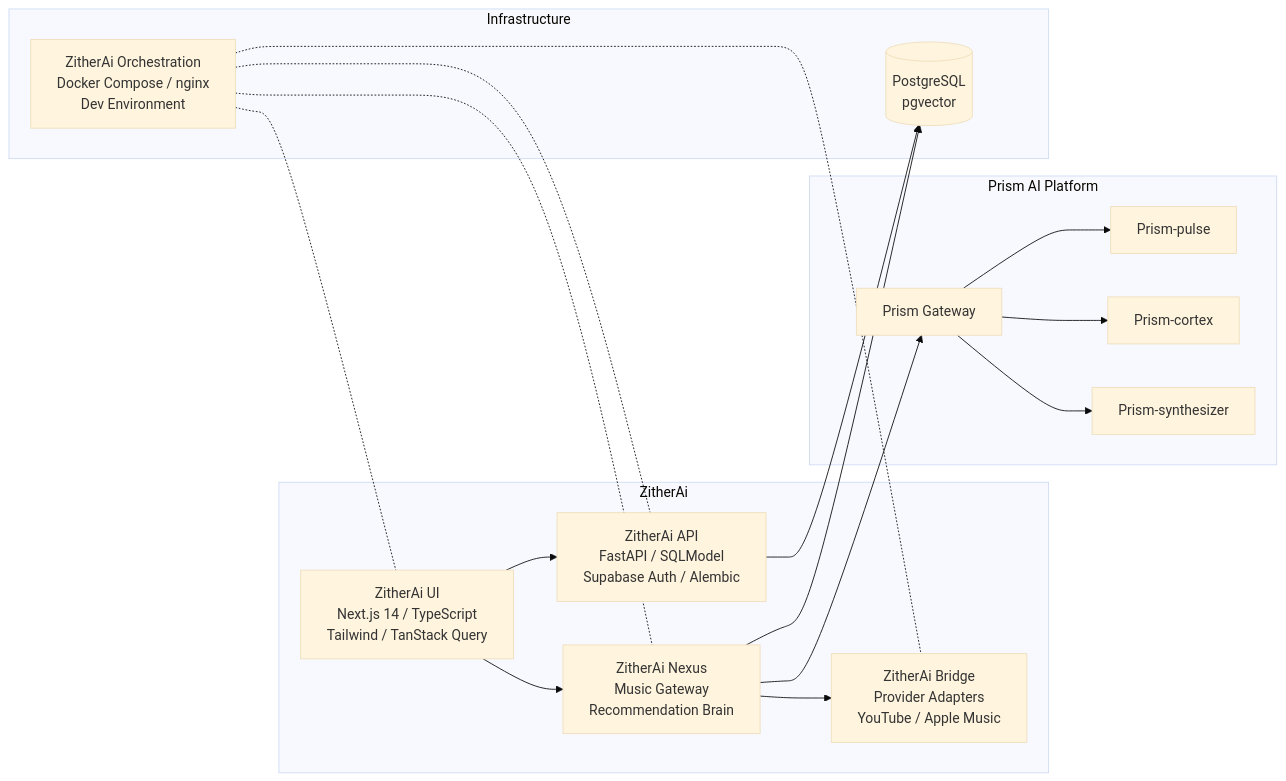
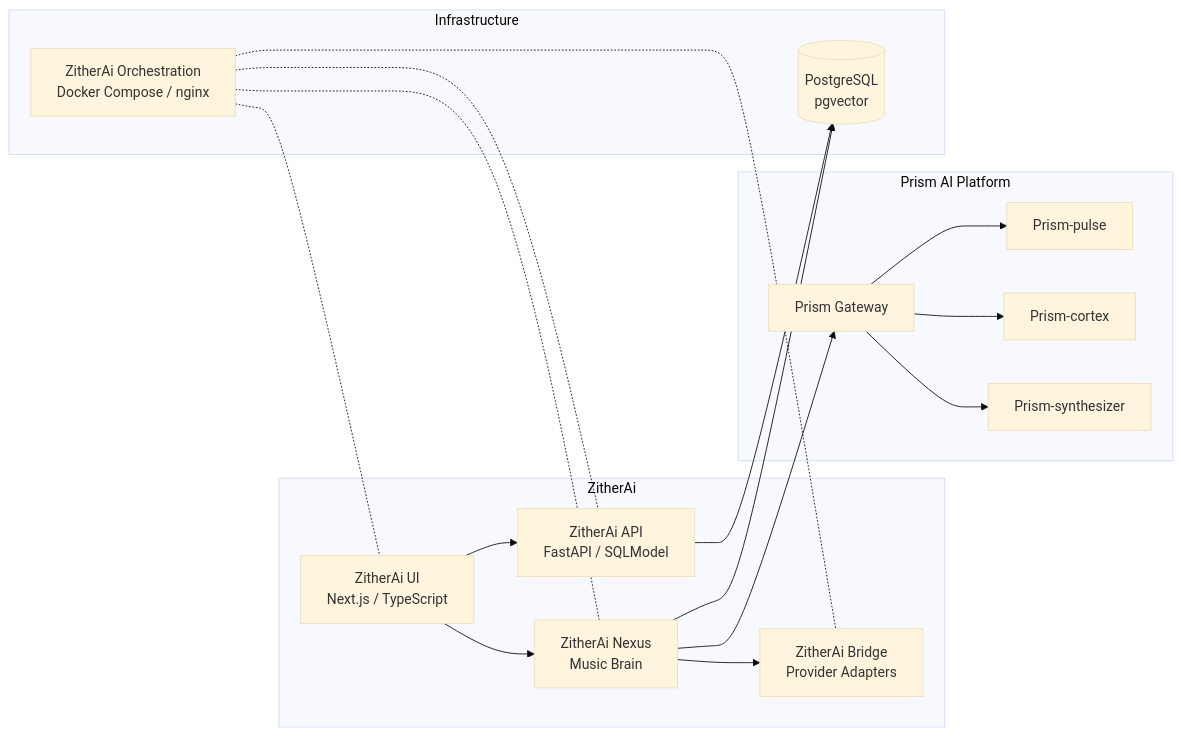
Before and after one commit to vsinghal3737/vsinghal3737: the third of 3 diagrams in README.md, drawn with Mermaid (base theme). The commit also changed other lines of this file, not shown here.

Commit message:
Tighten profile README diagrams

````diff
--- a/README.md
+++ b/README.md
@@ -85,30 +85,30 @@
 ```mermaid
 flowchart LR
     subgraph ZitherAi
-        ZUI["ZitherAi UI<br/>Next.js 14 / TypeScript<br/>Tailwind / TanStack Query"]
-        ZAPI["ZitherAi API<br/>FastAPI / SQLModel<br/>Supabase Auth / Alembic"]
-        ZNexus["ZitherAi Nexus<br/>Music Gateway<br/>Recommendation Brain"]
-        ZBridge["ZitherAi Bridge<br/>Provider Adapters<br/>YouTube / Apple Music"]
+        ZUI["ZitherAi UI<br/>Next.js / TypeScript"]
+        ZAPI["ZitherAi API<br/>FastAPI / SQLModel"]
+        ZNexus["ZitherAi Nexus<br/>Music Brain"]
+        ZBridge["ZitherAi Bridge<br/>Provider Adapters"]
     end
 
     subgraph Prism["Prism AI Platform"]
         Gateway["Prism Gateway"]
         Pulse["Prism-pulse"]
         Cortex["Prism-cortex"]
         Synthesizer["Prism-synthesizer"]
     end
 
     subgraph Infra["Infrastructure"]
-        ZOrch["ZitherAi Orchestration<br/>Docker Compose / nginx<br/>Dev Environment"]
+        ZOrch["ZitherAi Orchestration<br/>Docker Compose / nginx"]
         PG[("PostgreSQL<br/>pgvector")]
     end
 
     ZUI --> ZAPI
     ZUI --> ZNexus
     ZNexus --> Gateway
     Gateway --> Pulse & Cortex & Synthesizer
     ZNexus --> ZBridge
     ZAPI --> PG
     ZNexus --> PG
     ZOrch -.- ZUI & ZAPI & ZNexus & ZBridge
 ```
````
